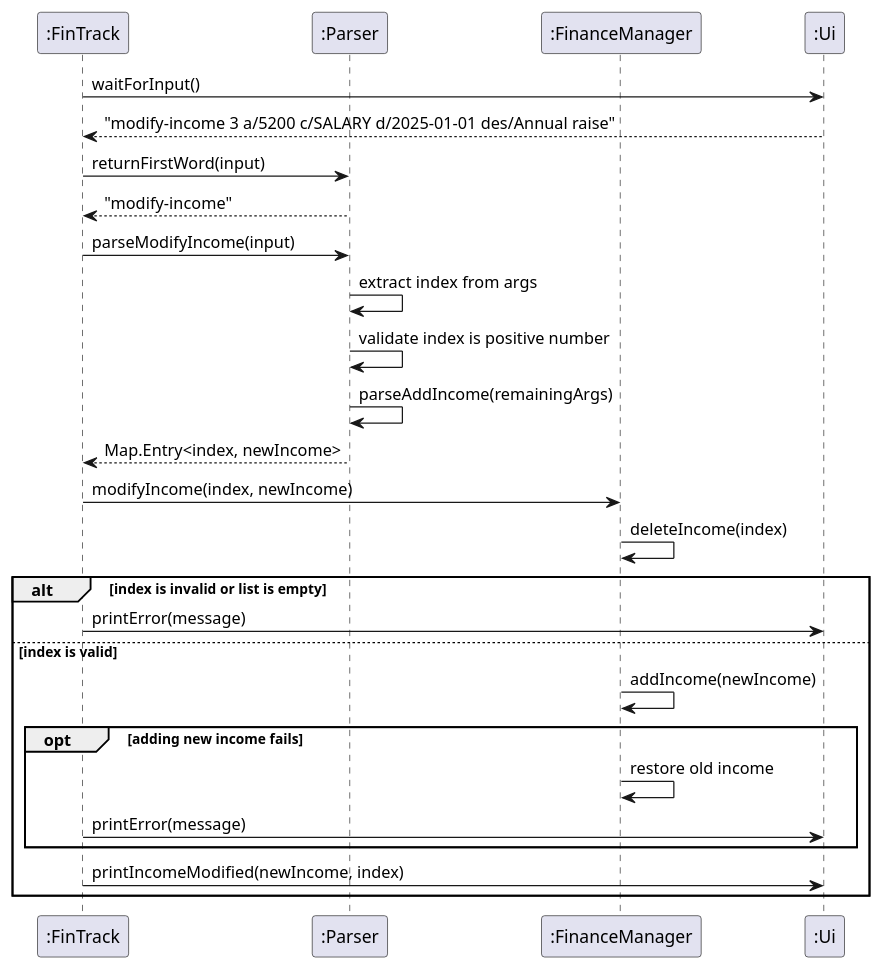
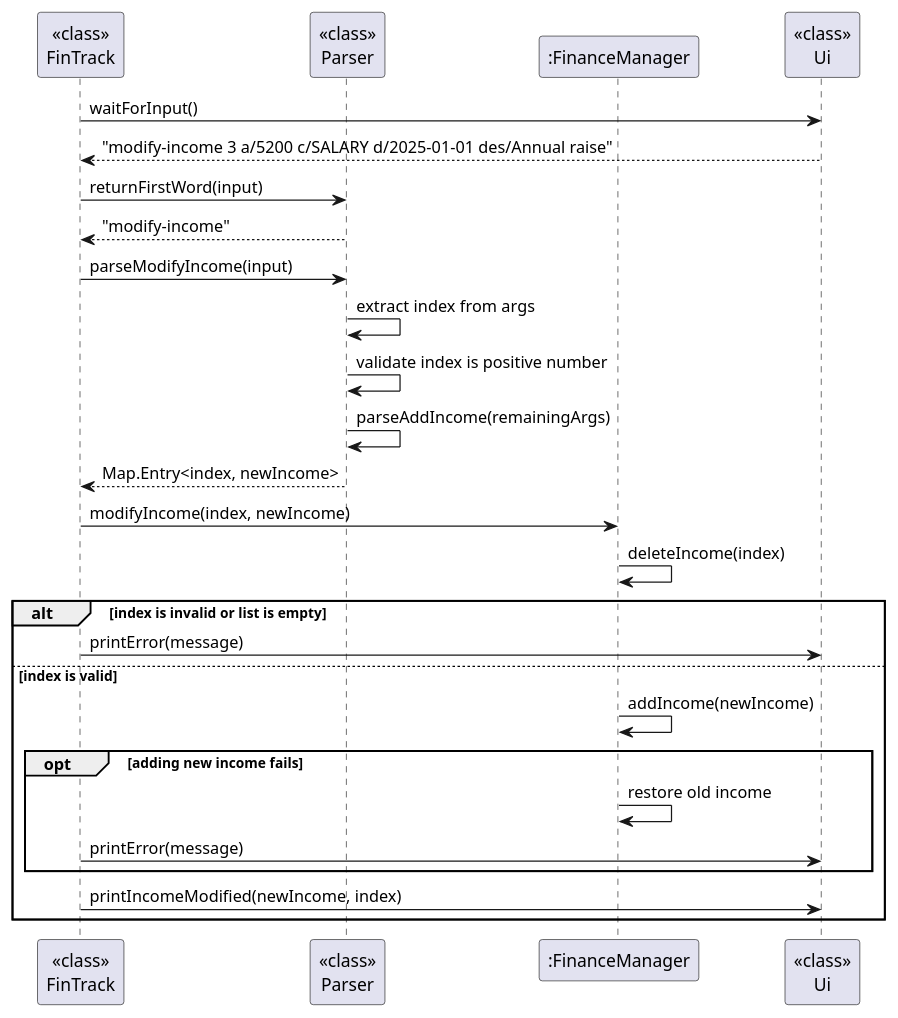
The diagram in docs/diagrams/modify_income.puml (AY2526S1-CS2113-W12-4/tp), drawn with PlantUML before and after one commit. The commit also changed 18 other files, not shown here.

Commit message:
Add persistence section under implementation in DG, update UML diagrams

```diff
--- a/docs/diagrams/modify_income.puml
+++ b/docs/diagrams/modify_income.puml
@@ -1,35 +1,35 @@
 @startuml
-participant ":FinTrack" as FT
-participant ":Parser" as P
+participant "<<class>>\nFinTrack" as FT
+participant "<<class>>\nParser" as P
 participant ":FinanceManager" as FM
-participant ":Ui" as UI
+participant "<<class>>\nUi" as UI
 
 FT -> UI: waitForInput()
 UI --> FT: "modify-income 3 a/5200 c/SALARY d/2025-01-01 des/Annual raise"
 
 FT -> P: returnFirstWord(input)
 P --> FT: "modify-income"
 
 FT -> P: parseModifyIncome(input)
 P -> P: extract index from args
 P -> P: validate index is positive number
 P -> P: parseAddIncome(remainingArgs)
 P --> FT: Map.Entry<index, newIncome>
 
 FT -> FM: modifyIncome(index, newIncome)
 
 FM -> FM: deleteIncome(index)
 
 alt index is invalid or list is empty
     FT -> UI: printError(message)
 else index is valid
     FM -> FM: addIncome(newIncome)
 
     opt adding new income fails
         FM -> FM: restore old income
         FT -> UI: printError(message)
     end
 
     FT -> UI: printIncomeModified(newIncome, index)
 end
 @enduml
```
